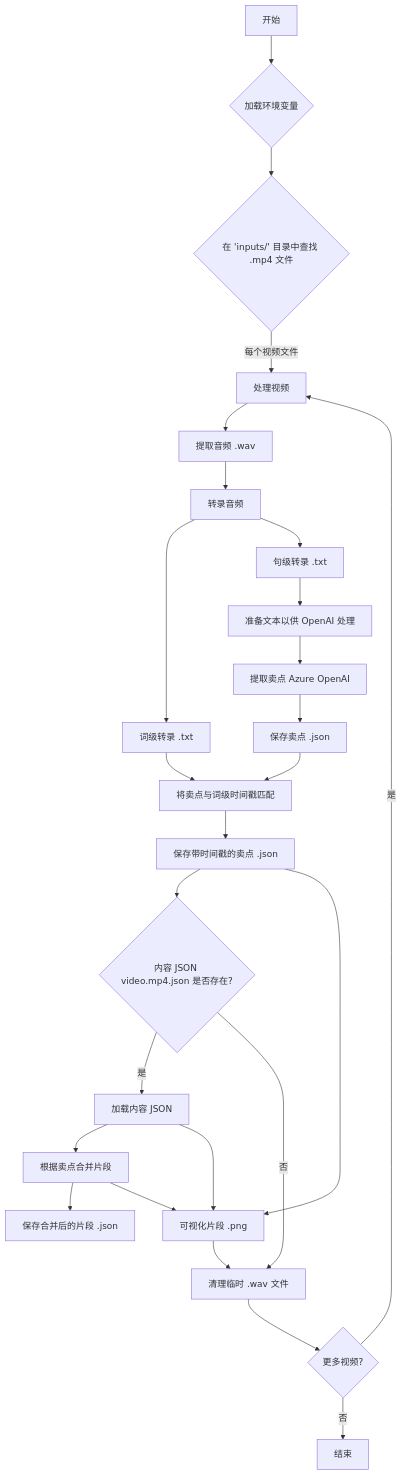
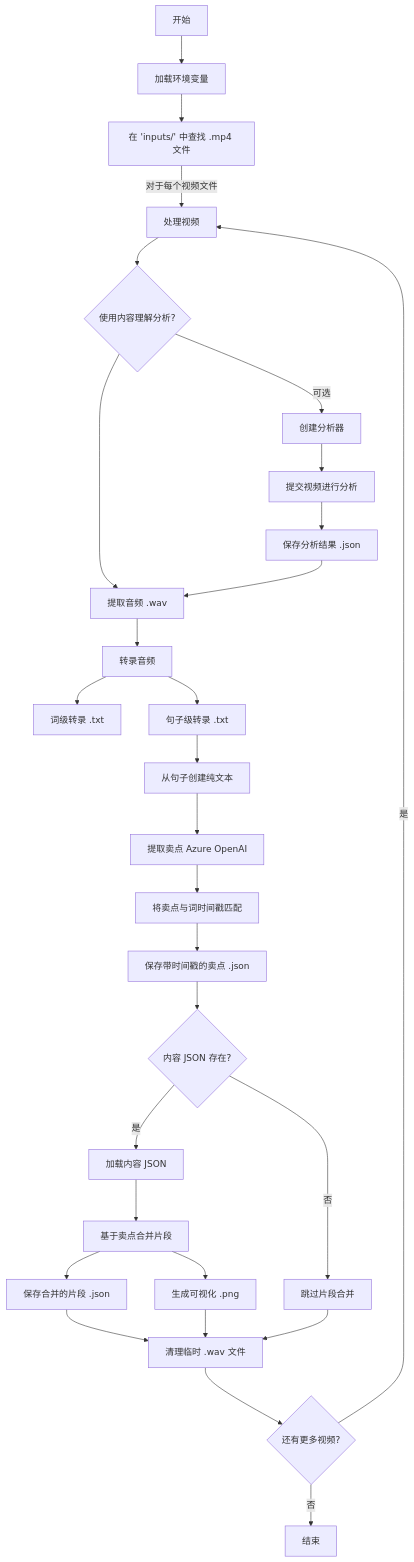
The diagram in README_zh.md (guming3d/Content-Understanding-post-process), drawn with Mermaid before and after one commit. The commit also changed other lines of this file and 2 other files, not shown here.

````diff
--- a/README_zh.md
+++ b/README_zh.md
@@ -53,25 +53,31 @@
 ```mermaid
 graph TD
-    A[开始] --> B{加载环境变量};
-    B --> C{在 'inputs/' 目录中查找 .mp4 文件};
-    C -- 每个视频文件 --> D[处理视频];
-    D --> E[提取音频 .wav];
-    E --> F[转录音频];
-    F --> G[词级转录 .txt];
-    F --> H[句级转录 .txt];
-    H --> I[准备文本以供 OpenAI 处理];
-    I --> J[提取卖点 Azure OpenAI];
-    J --> K[保存卖点 .json];
-    G & K --> L[将卖点与词级时间戳匹配];
-    L --> M[保存带时间戳的卖点 .json];
-    M --> N{内容 JSON video.mp4.json 是否存在?};
-    N -- 是 --> O[加载内容 JSON];
-    O --> P[根据卖点合并片段];
-    P --> Q[保存合并后的片段 .json];
-    O & M & P --> R[可视化片段 .png];
-    R --> S[清理临时 .wav 文件];
-    N -- 否 --> S;
-    S --> T{更多视频?};
-    T -- 是 --> D;
-    T -- 否 --> U[结束];
+    A[开始] --> B[加载环境变量];
+    B --> C[在 'inputs/' 中查找 .mp4 文件];
+    C -- 对于每个视频文件 --> D[处理视频];
+    D --> E{使用内容理解分析?};
+    E -- 可选 --> F[创建分析器];
+    F --> G[提交视频进行分析];
+    G --> H[保存分析结果 .json];
+    E --> I[提取音频 .wav];
+    H --> I;
+    I --> J[转录音频];
+    J --> K[词级转录 .txt];
+    J --> L[句子级转录 .txt];
+    L --> M[从句子创建纯文本];
+    M --> N[提取卖点 Azure OpenAI];
+    N --> O[将卖点与词时间戳匹配];
+    O --> P[保存带时间戳的卖点 .json];
+    P --> Q{内容 JSON 存在?};
+    Q -- 是 --> R[加载内容 JSON];
+    R --> S[基于卖点合并片段];
+    S --> T[保存合并的片段 .json];
+    S --> U[生成可视化 .png];
+    Q -- 否 --> V[跳过片段合并];
+    T --> W[清理临时 .wav 文件];
+    U --> W;
+    V --> W;
+    W --> X{还有更多视频?};
+    X -- 是 --> D;
+    X -- 否 --> Y[结束];
 ```
````
